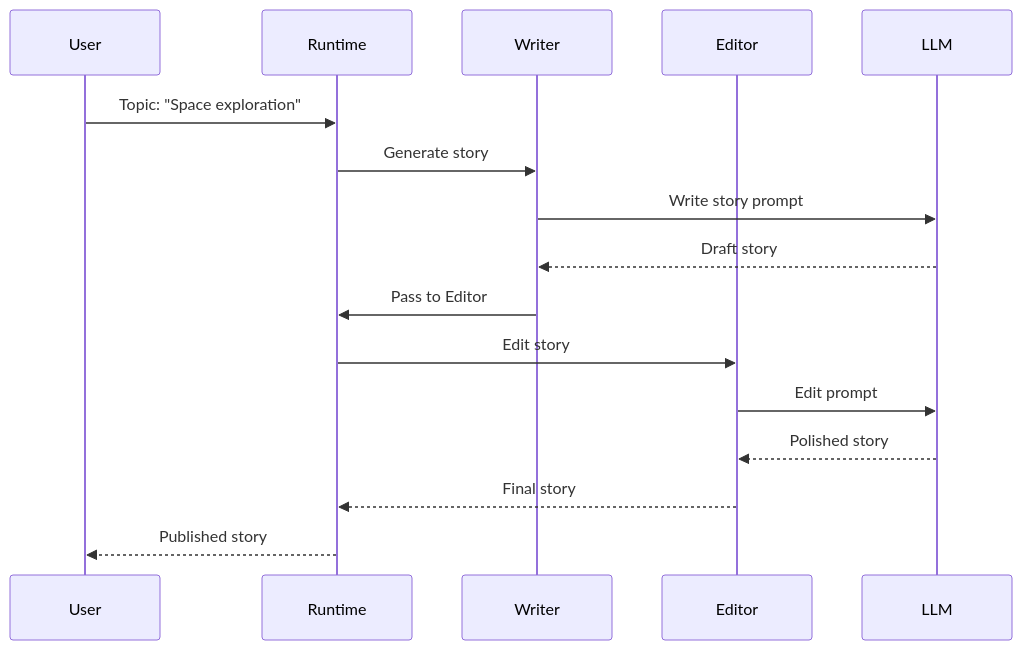
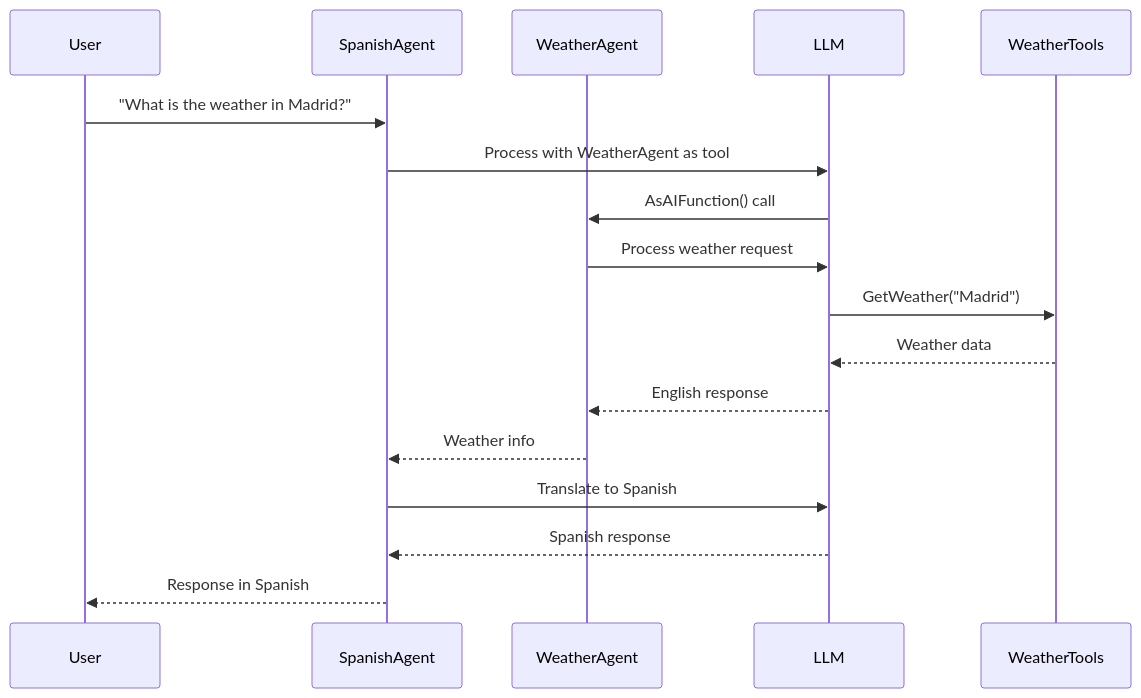
One commit to mgliot/AI.Workshop changed the seventh of 8 diagrams in docs/AI.Workshop.Console.Agents.md. Above: the diagram before and after it, drawn with Mermaid. The commit also changed other lines of this file and 15 other files, not shown here.

````diff
--- a/docs/AI.Workshop.Console.Agents.md
+++ b/docs/AI.Workshop.Console.Agents.md
@@ -76,19 +158,20 @@
 ```mermaid
 sequenceDiagram
     participant User
-    participant Runtime
-    participant Writer
-    participant Editor
+    participant SpanishAgent
+    participant WeatherAgent
     participant LLM
+    participant WeatherTools
     
-    User->>Runtime: Topic: "Space exploration"
-    Runtime->>Writer: Generate story
-    Writer->>LLM: Write story prompt
-    LLM-->>Writer: Draft story
-    Writer->>Runtime: Pass to Editor
-    Runtime->>Editor: Edit story
-    Editor->>LLM: Edit prompt
-    LLM-->>Editor: Polished story
-    Editor-->>Runtime: Final story
-    Runtime-->>User: Published story
+    User->>SpanishAgent: "What is the weather in Madrid?"
+    SpanishAgent->>LLM: Process with WeatherAgent as tool
+    LLM->>WeatherAgent: AsAIFunction() call
+    WeatherAgent->>LLM: Process weather request
+    LLM->>WeatherTools: GetWeather("Madrid")
+    WeatherTools-->>LLM: Weather data
+    LLM-->>WeatherAgent: English response
+    WeatherAgent-->>SpanishAgent: Weather info
+    SpanishAgent->>LLM: Translate to Spanish
+    LLM-->>SpanishAgent: Spanish response
+    SpanishAgent-->>User: Response in Spanish
 ```
````
